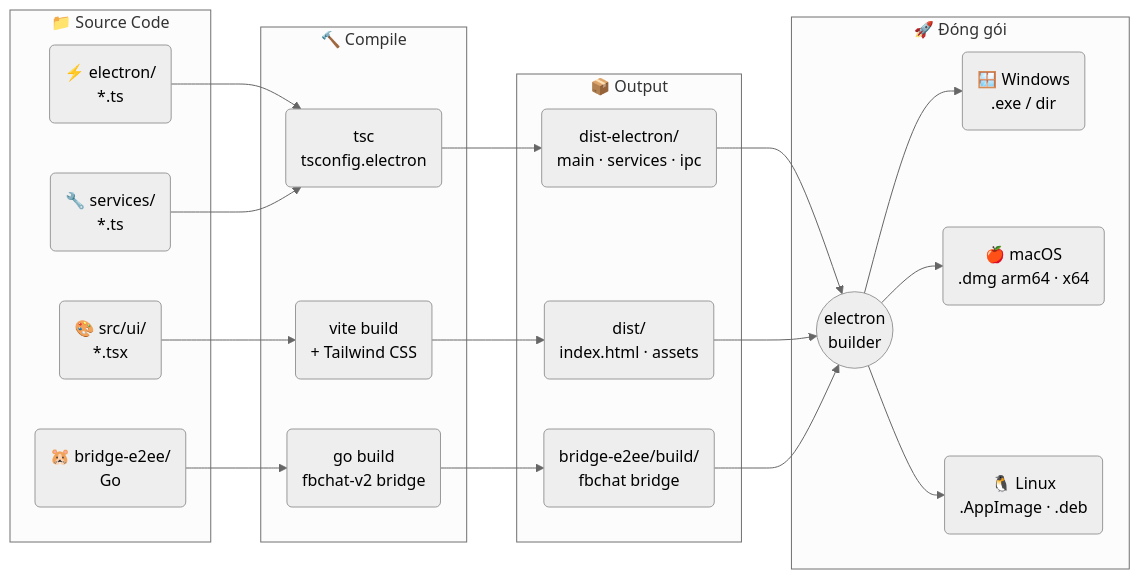
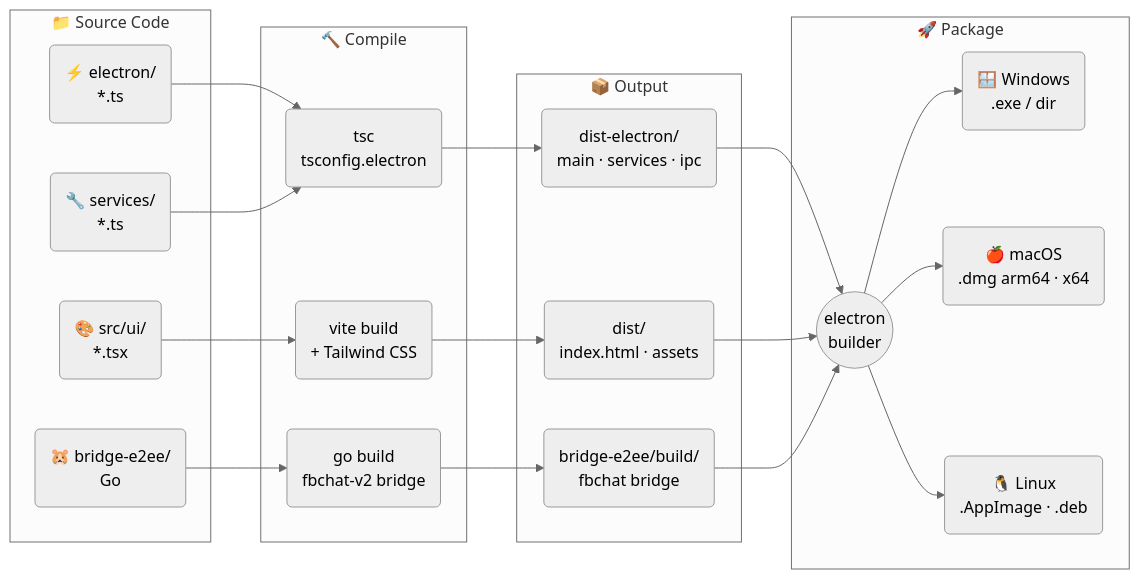
The first of 4 diagrams in data/readmes/babyvibe__deplao-builder.md (zqf20096327/ai_collect), drawn with Mermaid (neutral theme) before and after one commit. The commit also changed other lines of this file and 1613 other files, not shown here.

````diff
--- a/data/readmes/babyvibe__deplao-builder.md
+++ b/data/readmes/babyvibe__deplao-builder.md
@@ -212,33 +207,33 @@
 ```mermaid
 flowchart LR
     subgraph SRC["📁 Source Code"]
         E("⚡ electron/\n*.ts")
         S("🔧 services/\n*.ts")
         R("🎨 src/ui/\n*.tsx")
         G("🐹 bridge-e2ee/\nGo")
     end
 
     subgraph COMPILE["🔨 Compile"]
         TSC("tsc\ntsconfig.electron")
         VITE("vite build\n+ Tailwind CSS")
         GO("go build\nfbchat-v2 bridge")
     end
 
     subgraph OUT["📦 Output"]
         DE("dist-electron/\nmain · services · ipc")
         D("dist/\nindex.html · assets")
         B("bridge-e2ee/build/\nfbchat bridge")
     end
 
-    subgraph PKG["🚀 Đóng gói"]
+    subgraph PKG["🚀 Package"]
         EB(("electron\nbuilder"))
         WIN("🪟 Windows\n.exe / dir")
         MAC("🍎 macOS\n.dmg arm64 · x64")
         LIN("🐧 Linux\n.AppImage · .deb")
     end
 
     E & S --> TSC --> DE
     R --> VITE --> D
     G --> GO --> B
     DE & D & B --> EB --> WIN & MAC & LIN
 ```
````
